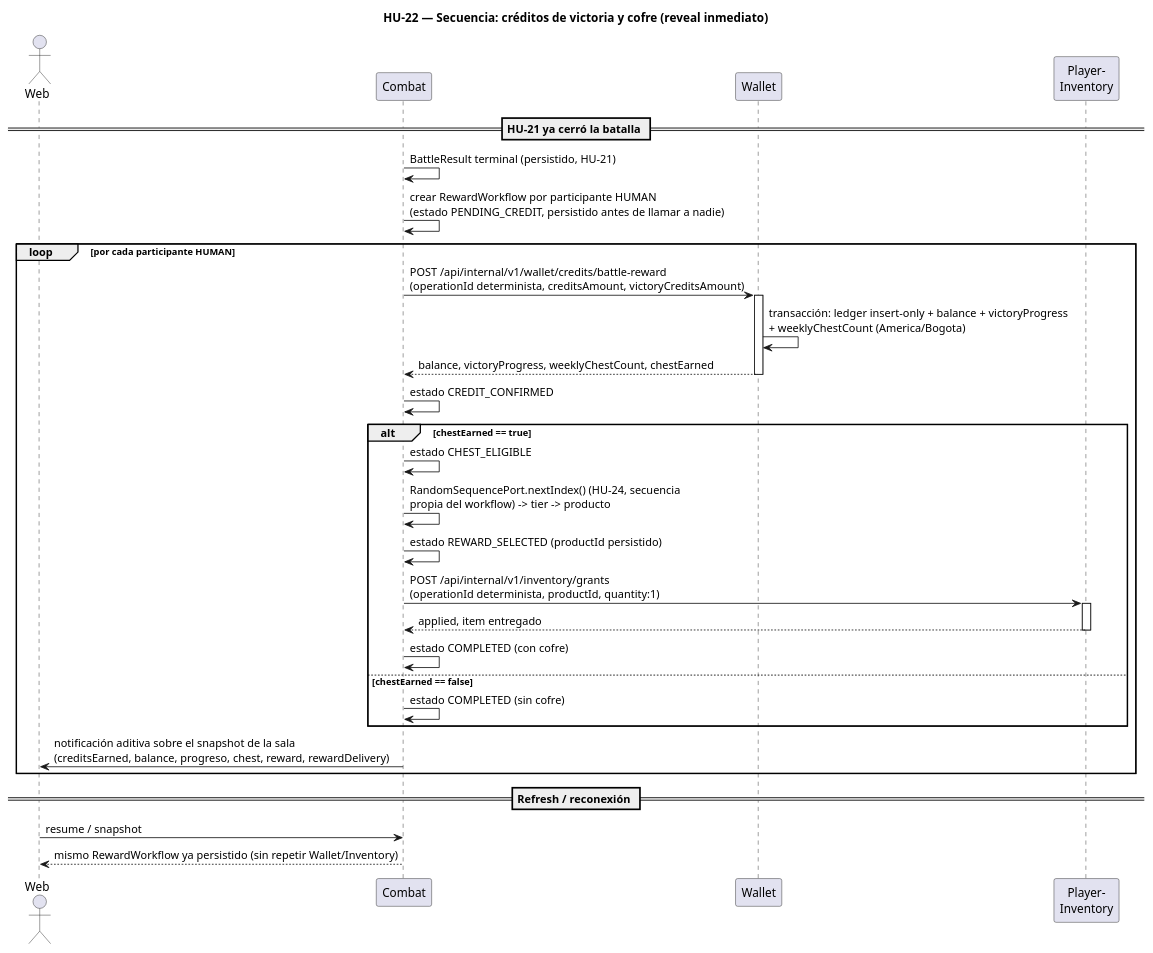
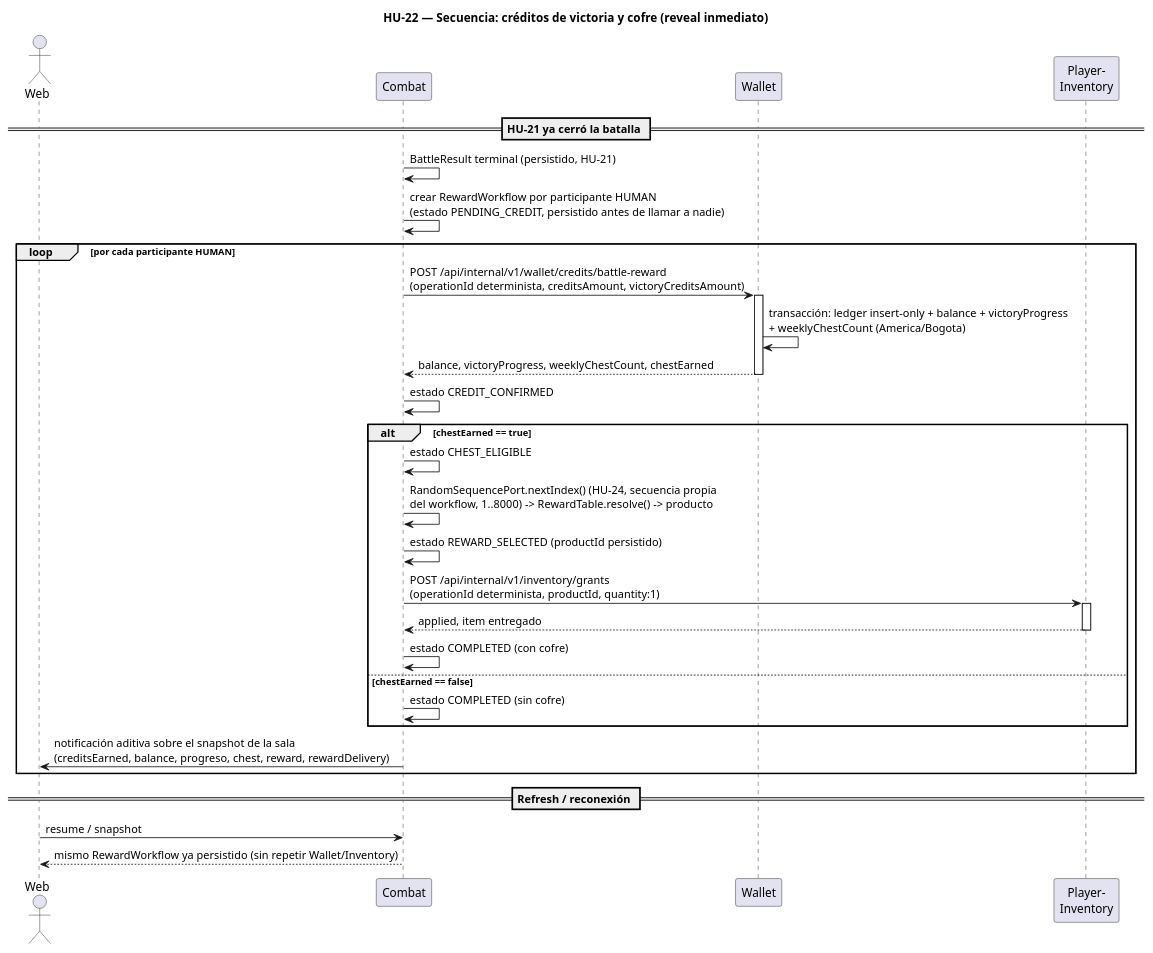
The diagram in docs/diagrams/hu-22-sequence-reward.puml (Nexus-Battle-VI/Nexus-Battle-Infrastructure), drawn with PlantUML before and after one commit. The commit also changed 3 other files, not shown here.

First line of the commit message:
docs(rewards): [HU-22] corregir el RNG del cofre al espacio real de RandomIndex

```diff
--- a/docs/diagrams/hu-22-sequence-reward.puml
+++ b/docs/diagrams/hu-22-sequence-reward.puml
@@ -1,41 +1,41 @@
 @startuml hu-22-sequence-reward
 title HU-22 — Secuencia: créditos de victoria y cofre (reveal inmediato)
 
 actor Web
 participant Combat
 participant Wallet
 participant "Player-\nInventory" as Inventory
 
 == HU-21 ya cerró la batalla ==
 Combat -> Combat : BattleResult terminal (persistido, HU-21)
 Combat -> Combat : crear RewardWorkflow por participante HUMAN\n(estado PENDING_CREDIT, persistido antes de llamar a nadie)
 
 loop por cada participante HUMAN
   Combat -> Wallet : POST /api/internal/v1/wallet/credits/battle-reward\n(operationId determinista, creditsAmount, victoryCreditsAmount)
   activate Wallet
   Wallet -> Wallet : transacción: ledger insert-only + balance + victoryProgress\n+ weeklyChestCount (America/Bogota)
   Wallet --> Combat : balance, victoryProgress, weeklyChestCount, chestEarned
   deactivate Wallet
   Combat -> Combat : estado CREDIT_CONFIRMED
 
   alt chestEarned == true
     Combat -> Combat : estado CHEST_ELIGIBLE
-    Combat -> Combat : RandomSequencePort.nextIndex() (HU-24, secuencia\npropia del workflow) -> tier -> producto
+    Combat -> Combat : RandomSequencePort.nextIndex() (HU-24, secuencia propia\ndel workflow, 1..8000) -> RewardTable.resolve() -> producto
     Combat -> Combat : estado REWARD_SELECTED (productId persistido)
     Combat -> Inventory : POST /api/internal/v1/inventory/grants\n(operationId determinista, productId, quantity:1)
     activate Inventory
     Inventory --> Combat : applied, item entregado
     deactivate Inventory
     Combat -> Combat : estado COMPLETED (con cofre)
   else chestEarned == false
     Combat -> Combat : estado COMPLETED (sin cofre)
   end
 
   Combat -> Web : notificación aditiva sobre el snapshot de la sala\n(creditsEarned, balance, progreso, chest, reward, rewardDelivery)
 end
 
 == Refresh / reconexión ==
 Web -> Combat : resume / snapshot
 Combat --> Web : mismo RewardWorkflow ya persistido (sin repetir Wallet/Inventory)
 
 @enduml
```
